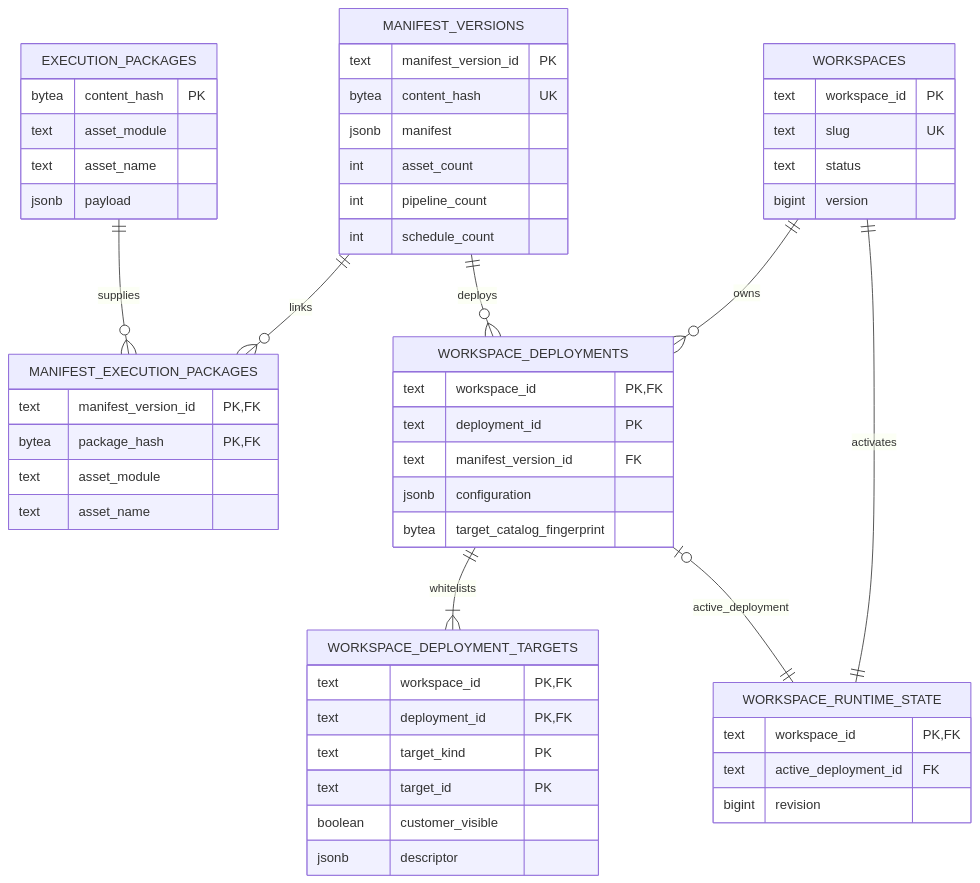
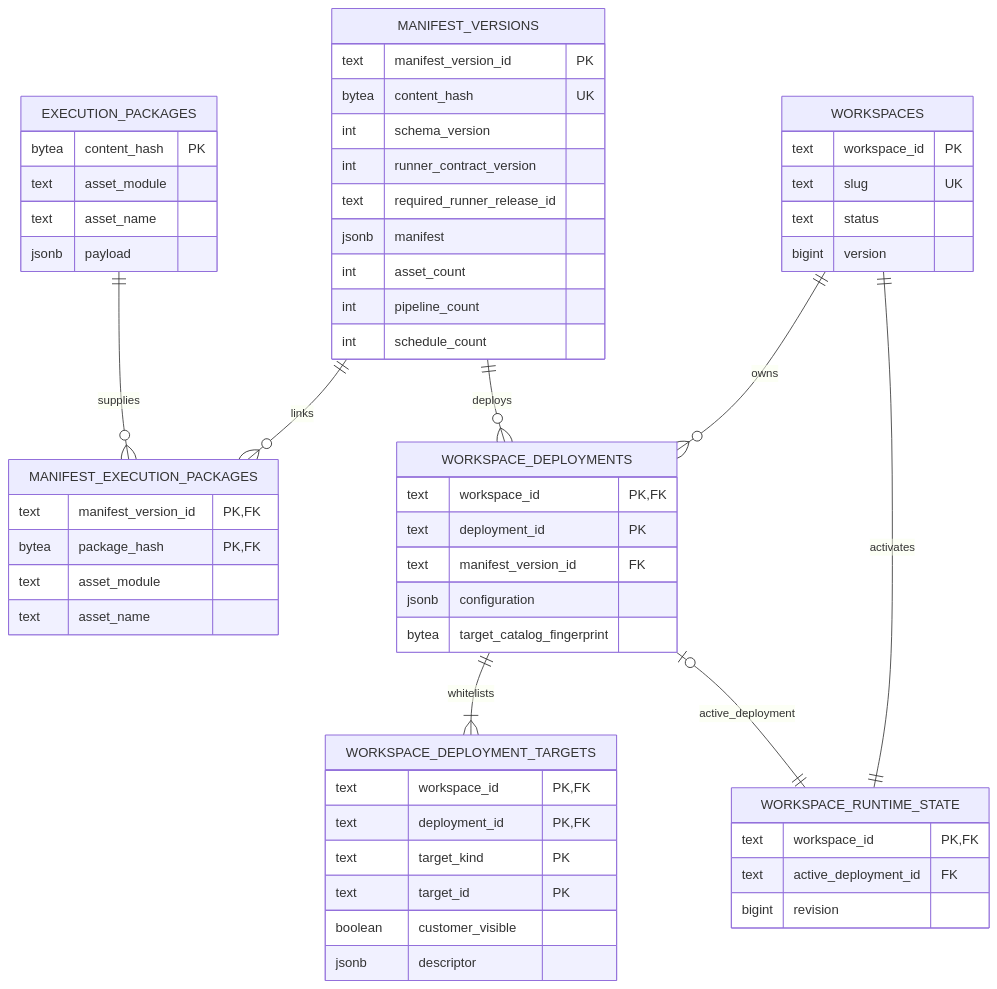
One commit to eirhop/favn changed the first of 4 diagrams in docs/storage/postgresql/data-model.md. Above: the diagram before and after it, drawn with Mermaid. The commit also changed other lines of this file and 22 other files, not shown here.

Commit message:
Add release-safe PostgreSQL runner identity

````diff
--- a/docs/storage/postgresql/data-model.md
+++ b/docs/storage/postgresql/data-model.md
@@ -14,57 +14,60 @@
 ```mermaid
 erDiagram
     WORKSPACES {
         text workspace_id PK
         text slug UK
         text status
         bigint version
     }
     MANIFEST_VERSIONS {
         text manifest_version_id PK
         bytea content_hash UK
+        int schema_version
+        int runner_contract_version
+        text required_runner_release_id
         jsonb manifest
         int asset_count
         int pipeline_count
         int schedule_count
     }
     EXECUTION_PACKAGES {
         bytea content_hash PK
         text asset_module
         text asset_name
         jsonb payload
     }
     MANIFEST_EXECUTION_PACKAGES {
         text manifest_version_id PK, FK
         bytea package_hash PK, FK
         text asset_module
         text asset_name
     }
     WORKSPACE_DEPLOYMENTS {
         text workspace_id PK, FK
         text deployment_id PK
         text manifest_version_id FK
         jsonb configuration
         bytea target_catalog_fingerprint
     }
     WORKSPACE_DEPLOYMENT_TARGETS {
         text workspace_id PK, FK
         text deployment_id PK, FK
         text target_kind PK
         text target_id PK
         boolean customer_visible
         jsonb descriptor
     }
     WORKSPACE_RUNTIME_STATE {
         text workspace_id PK, FK
         text active_deployment_id FK
         bigint revision
     }
 
     MANIFEST_VERSIONS ||--o{ MANIFEST_EXECUTION_PACKAGES : links
     EXECUTION_PACKAGES ||--o{ MANIFEST_EXECUTION_PACKAGES : supplies
     WORKSPACES ||--o{ WORKSPACE_DEPLOYMENTS : owns
     MANIFEST_VERSIONS ||--o{ WORKSPACE_DEPLOYMENTS : deploys
     WORKSPACE_DEPLOYMENTS ||--|{ WORKSPACE_DEPLOYMENT_TARGETS : whitelists
     WORKSPACES ||--|| WORKSPACE_RUNTIME_STATE : activates
     WORKSPACE_DEPLOYMENTS o|--|| WORKSPACE_RUNTIME_STATE : active_deployment
 ```
````
